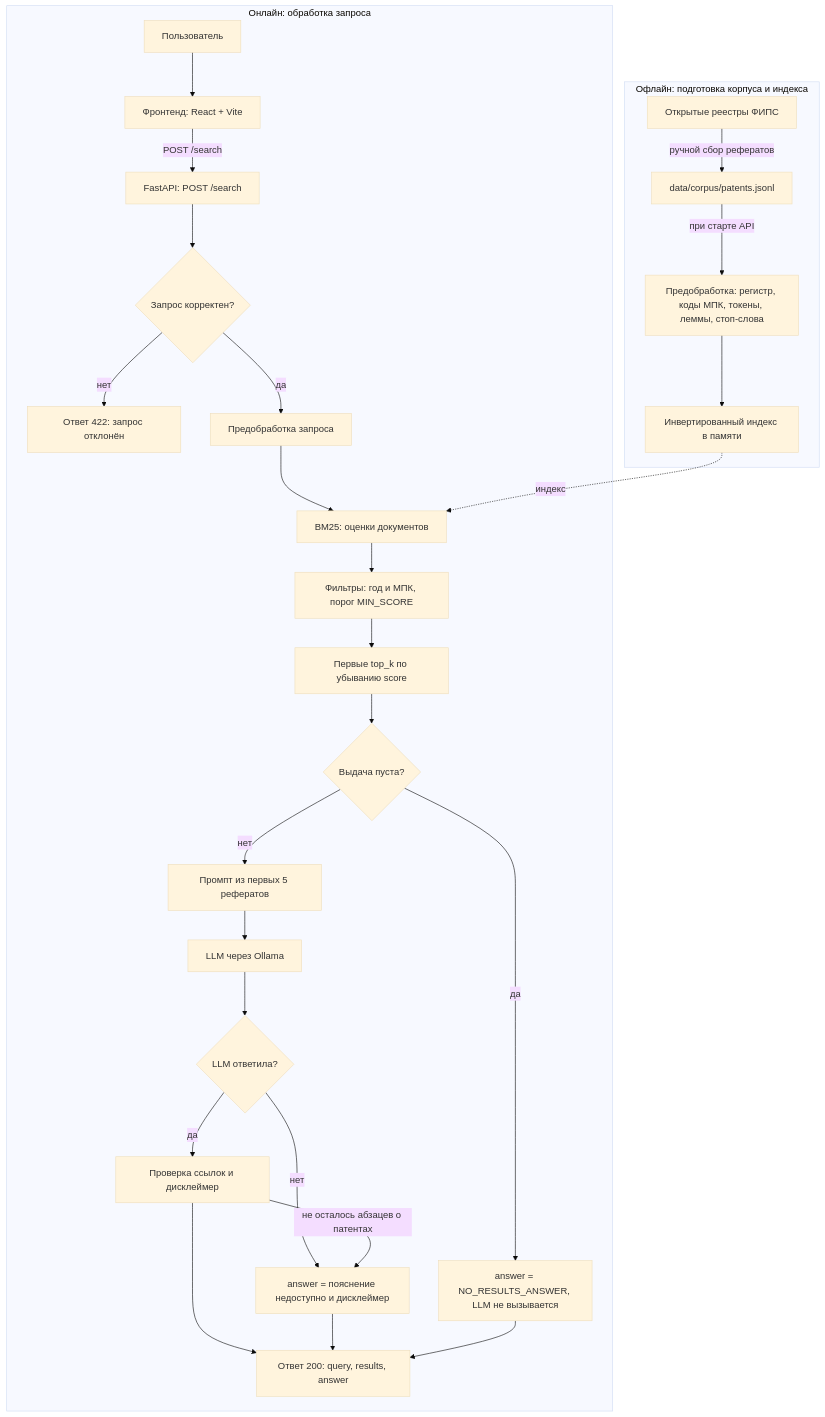
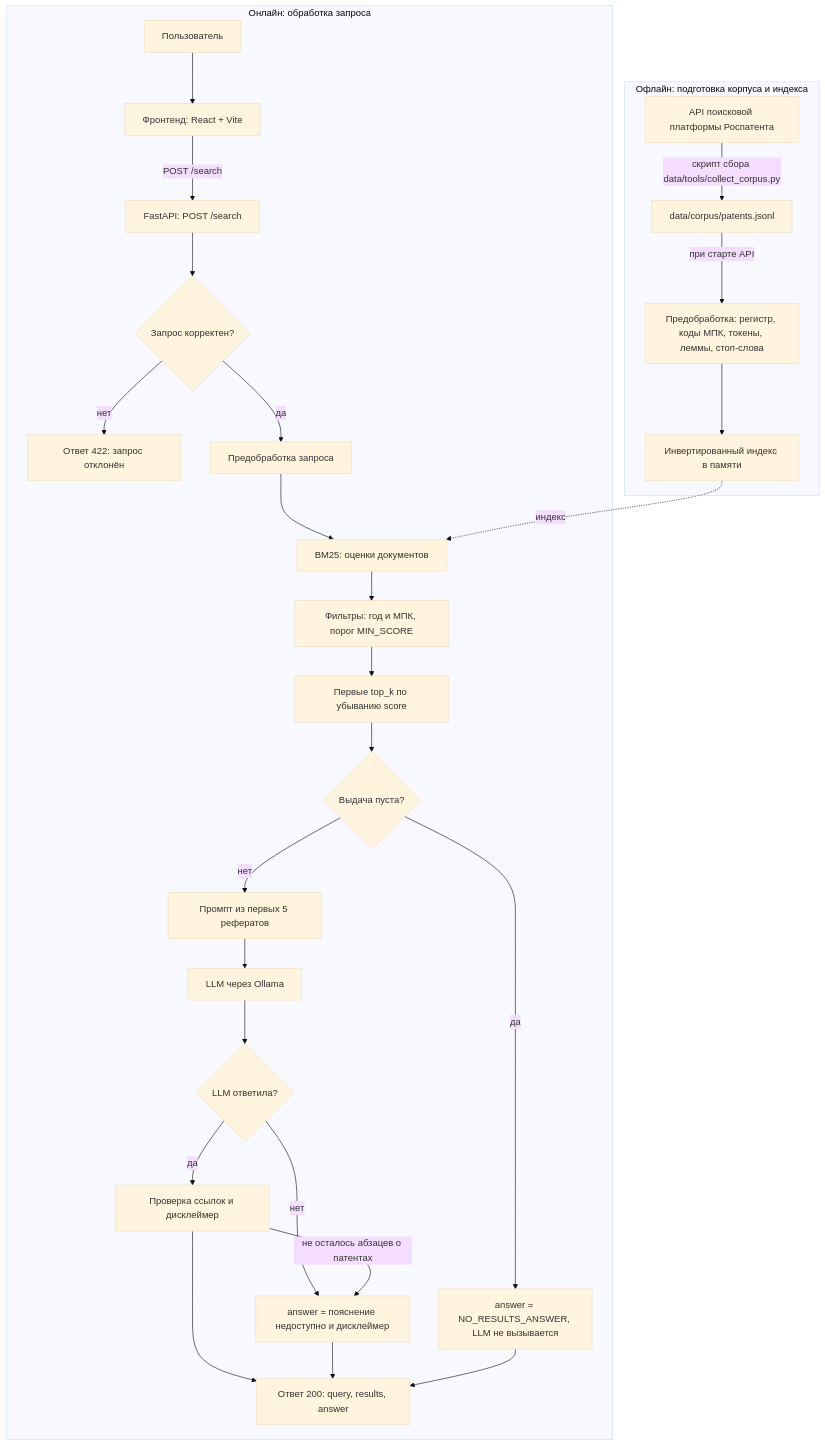
One commit to itisneutro/patent-radar changed the first of 2 diagrams in spec/tech/architecture.md. Above: the diagram before and after it, drawn with Mermaid (base theme). The commit also changed other lines of this file and 3 other files, not shown here.

Commit message:
docs: источник корпуса в AGENTS.md и architecture.md (КТ2)

````diff
--- a/spec/tech/architecture.md
+++ b/spec/tech/architecture.md
@@ -46,54 +46,54 @@
 ```mermaid
 flowchart TD
     subgraph OFF["Офлайн: подготовка корпуса и индекса"]
-        F1["Открытые реестры ФИПС"]
+        F1["API поисковой платформы Роспатента"]
         F2["data/corpus/patents.jsonl"]
         F3["Предобработка: регистр, коды МПК, токены, леммы, стоп-слова"]
         F4["Инвертированный индекс в памяти"]
-        F1 -->|"ручной сбор рефератов"| F2
+        F1 -->|"скрипт сбора data/tools/collect_corpus.py"| F2
         F2 -->|"при старте API"| F3
         F3 --> F4
     end
 
     subgraph ON["Онлайн: обработка запроса"]
         U["Пользователь"]
         FE["Фронтенд: React + Vite"]
         API["FastAPI: POST /search"]
         V{"Запрос корректен?"}
         E422["Ответ 422: запрос отклонён"]
         Q["Предобработка запроса"]
         B["BM25: оценки документов"]
         FL["Фильтры: год и МПК, порог MIN_SCORE"]
         TK["Первые top_k по убыванию score"]
         R{"Выдача пуста?"}
         NR["answer = NO_RESULTS_ANSWER, LLM не вызывается"]
         P["Промпт из первых 5 рефератов"]
         L["LLM через Ollama"]
         LOK{"LLM ответила?"}
         CH["Проверка ссылок и дисклеймер"]
         NA["answer = пояснение недоступно и дисклеймер"]
         OUT["Ответ 200: query, results, answer"]
 
         U --> FE
         FE -->|"POST /search"| API
         API --> V
         V -->|"нет"| E422
         V -->|"да"| Q
         Q --> B
         B --> FL
         FL --> TK
         TK --> R
         R -->|"да"| NR
         R -->|"нет"| P
         P --> L
         L --> LOK
         LOK -->|"да"| CH
         LOK -->|"нет"| NA
         CH -->|"не осталось абзацев о патентах"| NA
         CH --> OUT
         NA --> OUT
         NR --> OUT
     end
 
     F4 -.->|"индекс"| B
 ```
````
